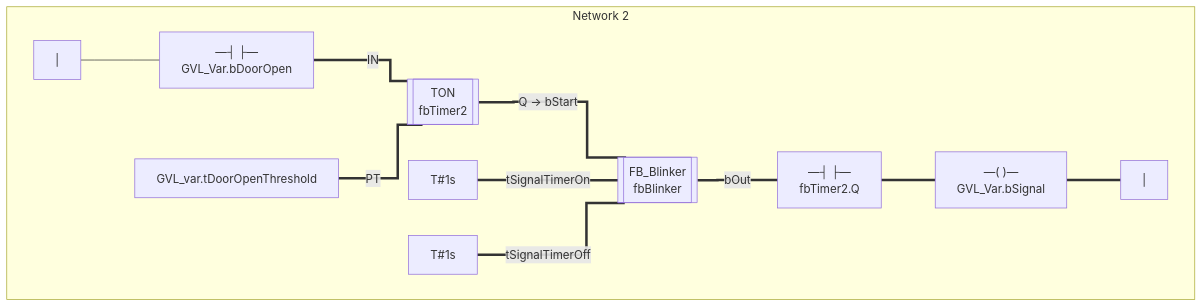
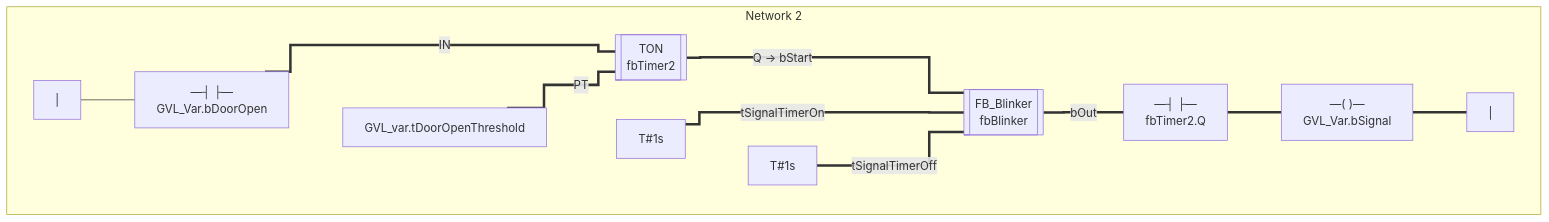
Before and after one commit to crissoll/pou2md: the third of 4 diagrams in tests/expected/Signals.md, drawn with Mermaid. The commit also changed other lines of this file and 6 other files, not shown here.

````diff
--- a/tests/expected/Signals.md
+++ b/tests/expected/Signals.md
@@ -59,35 +63,38 @@
 ```mermaid
 %%{ init: { 'flowchart': { 'curve': 'step' } } }%%
 flowchart LR
     subgraph Network_2 [" Network 2 "]
         direction LR
         %% --- Power Rails ---
         N2_L["|"]
         N2_R["|"]
 
         %% --- Contacts ---
         N2_bDoorOpen["—┤ ├—<br/>GVL_Var.bDoorOpen"]
         N2_tDoorOpenThreshold["GVL_var.tDoorOpenThreshold"]
         N2_T1s_On["T#1s"]
         N2_T1s_Off["T#1s"]
         N2_fbTimer2Q["—┤ ├—<br/>fbTimer2.Q"]
 
         %% --- Function Blocks ---
         N2_Blinker[["FB_Blinker<br/>fbBlinker"]]
         N2_TON[["TON<br/>fbTimer2"]]
 
         %% --- Coils / Jumps ---
         N2_bSignal["—( )—<br/>GVL_Var.bSignal"]
 
+        %% --- Vertical Rank Alignment ---
+        N2_bDoorOpen ~~~ N2_tDoorOpenThreshold ~~~ N2_T1s_On ~~~ N2_T1s_Off
+
         %% --- Continuity ---
         N2_L --- N2_bDoorOpen
         N2_TON ===|"Q → bStart"| N2_Blinker
         N2_bDoorOpen ===|"IN"| N2_TON
         N2_tDoorOpenThreshold ===|"PT"| N2_TON
         N2_T1s_On ===|"tSignalTimerOn"| N2_Blinker
         N2_T1s_Off ===|"tSignalTimerOff"| N2_Blinker
         N2_Blinker ===|"bOut"| N2_fbTimer2Q
         N2_fbTimer2Q === N2_bSignal
         N2_bSignal === N2_R
     end
 ```
````
